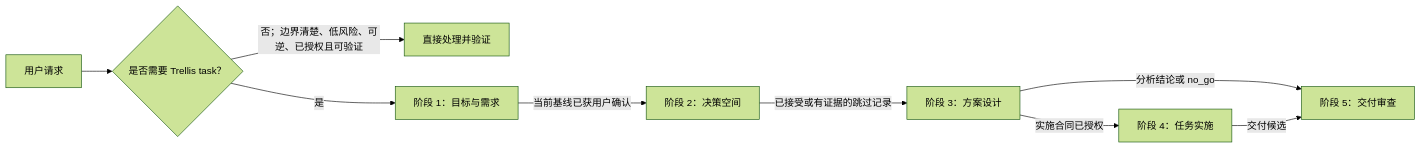
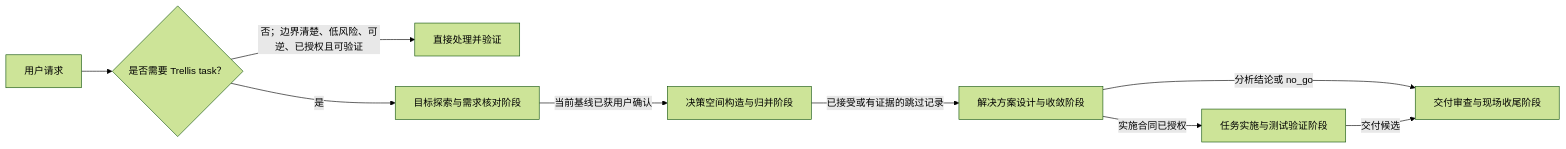
The diagram in packages/cli/src/templates/trellis/workflow.md (PennixRv/Trellis), drawn with Mermaid (forest theme) before and after one commit. The commit also changed other lines of this file and 74 other files, not shown here.

````diff
--- a/packages/cli/src/templates/trellis/workflow.md
+++ b/packages/cli/src/templates/trellis/workflow.md
@@ -65,11 +65,11 @@
 ```mermaid
 flowchart LR
   request["用户请求"] --> triage{"是否需要 Trellis task？"}
   triage -->|"否；边界清楚、低风险、可逆、已授权且可验证"| direct["直接处理并验证"]
-  triage -->|"是"| p1["阶段 1：目标与需求"]
-  p1 -->|"当前基线已获用户确认"| p2["阶段 2：决策空间"]
-  p2 -->|"已接受或有证据的跳过记录"| p3["阶段 3：方案设计"]
-  p3 -->|"实施合同已授权"| p4["阶段 4：任务实施"]
-  p3 -->|"分析结论或 no_go"| p5["阶段 5：交付审查"]
-  p4 -->|"交付候选"| p5
+  triage -->|"是"| goal_exploration_and_requirements["目标探索与需求核对阶段"]
+  goal_exploration_and_requirements -->|"当前基线已获用户确认"| decision_space_construction_and_merging["决策空间构造与归并阶段"]
+  decision_space_construction_and_merging -->|"已接受或有证据的跳过记录"| solution_design_and_convergence["解决方案设计与收敛阶段"]
+  solution_design_and_convergence -->|"实施合同已授权"| task_implementation["任务实施与测试验证阶段"]
+  solution_design_and_convergence -->|"分析结论或 no_go"| delivery_review_and_closeout["交付审查与现场收尾阶段"]
+  task_implementation -->|"交付候选"| delivery_review_and_closeout
 ```
````
